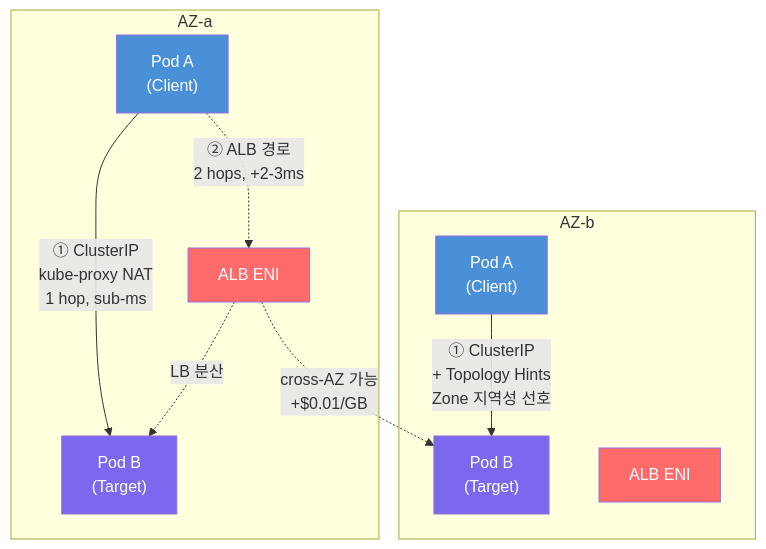
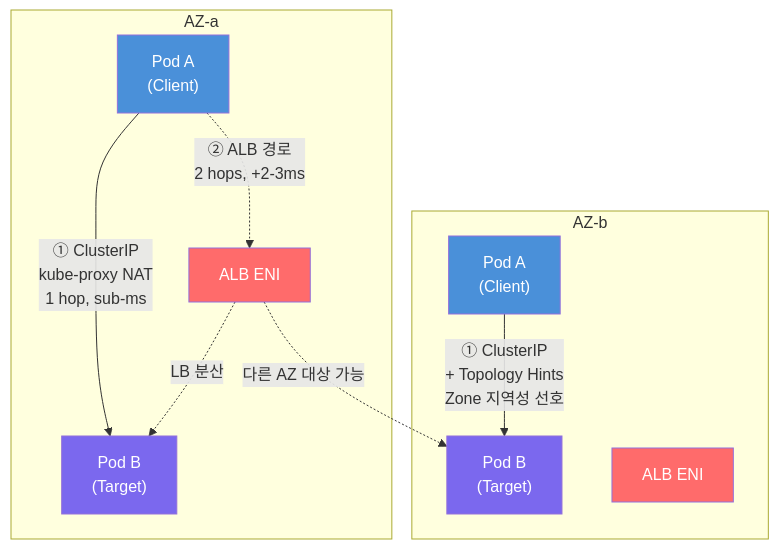
The first of 2 diagrams in i18n/ko/docusaurus-plugin-content-docs/current/eks-best-practices/networking-performance/east-west-traffic-best-practice.md (devfloor9/engineering-playbook), drawn with Mermaid before and after one commit. The commit also changed other lines of this file and 9 other files, not shown here.

````diff
--- a/i18n/ko/docusaurus-plugin-content-docs/current/eks-best-practices/networking-performance/east-west-traffic-best-practice.md
+++ b/i18n/ko/docusaurus-plugin-content-docs/current/eks-best-practices/networking-performance/east-west-traffic-best-practice.md
@@ -106,28 +106,28 @@
 ```mermaid
 graph TB
     subgraph AZ_A["AZ-a"]
         PodA1["Pod A<br/>(Client)"]
         PodB1["Pod B<br/>(Target)"]
         ALB_ENI_A["ALB ENI"]
     end
 
     subgraph AZ_B["AZ-b"]
         PodA2["Pod A<br/>(Client)"]
         PodB2["Pod B<br/>(Target)"]
         ALB_ENI_B["ALB ENI"]
     end
 
     PodA1 -->|"① ClusterIP<br/>kube-proxy NAT<br/>1 hop, sub-ms"| PodB1
     PodA1 -.->|"② ALB 경로<br/>2 hops, +2-3ms"| ALB_ENI_A
     ALB_ENI_A -.->|"LB 분산"| PodB1
-    ALB_ENI_A -.->|"cross-AZ 가능<br/>+$0.01/GB"| PodB2
+    ALB_ENI_A -.->|"다른 AZ 대상 가능"| PodB2
 
     PodA2 -->|"① ClusterIP<br/>+ Topology Hints<br/>Zone 지역성 선호"| PodB2
 
     style PodA1 fill:#4A90D9,color:#fff
     style PodA2 fill:#4A90D9,color:#fff
     style PodB1 fill:#7B68EE,color:#fff
     style PodB2 fill:#7B68EE,color:#fff
     style ALB_ENI_A fill:#FF6B6B,color:#fff
     style ALB_ENI_B fill:#FF6B6B,color:#fff
 ```
````
